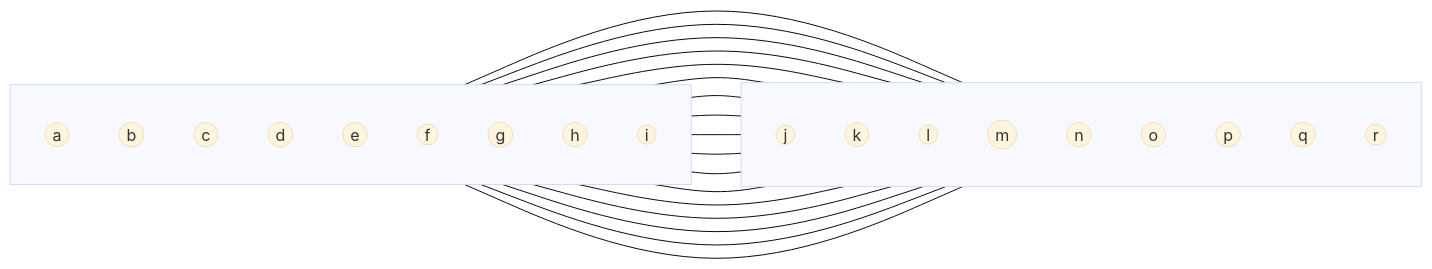
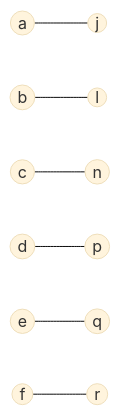
The tenth of 10 diagrams in Readme.Md (Arictronic/Testbag), drawn with Mermaid (base theme) before and after one commit. The commit also changed other lines of this file, not shown here.

````diff
--- a/Readme.Md
+++ b/Readme.Md
@@ -362,52 +443,9 @@
 ```mermaid
 graph LR
-subgraph L[ ]
-direction TB
-a((a))
-b((b))
-c((c))
-d((d))
-e((e))
-f((f))
-g((g))
-h((h))
-i((i))
-end
-
-subgraph R[ ]
-direction TB
-j((j))
-k((k))
-l((l))
-m((m))
-n((n))
-o((o))
-p((p))
-q((q))
-r((r))
-end
-
-a --- j
-a --- k
-a --- n
-
-b --- l
-b --- m
-b --- n
-b --- p
-b --- r
-
-c --- n
-c --- o
-c --- p
-
-d --- q
-
-e --- r
-f --- r
-
-g --- q
-
-h --- r
-i --- r
+a((a))---j((j))
+b((b))---l((l))
+c((c))---n((n))
+d((d))---p((p))
+e((e))---q((q))
+f((f))---r((r))
 ```
````
